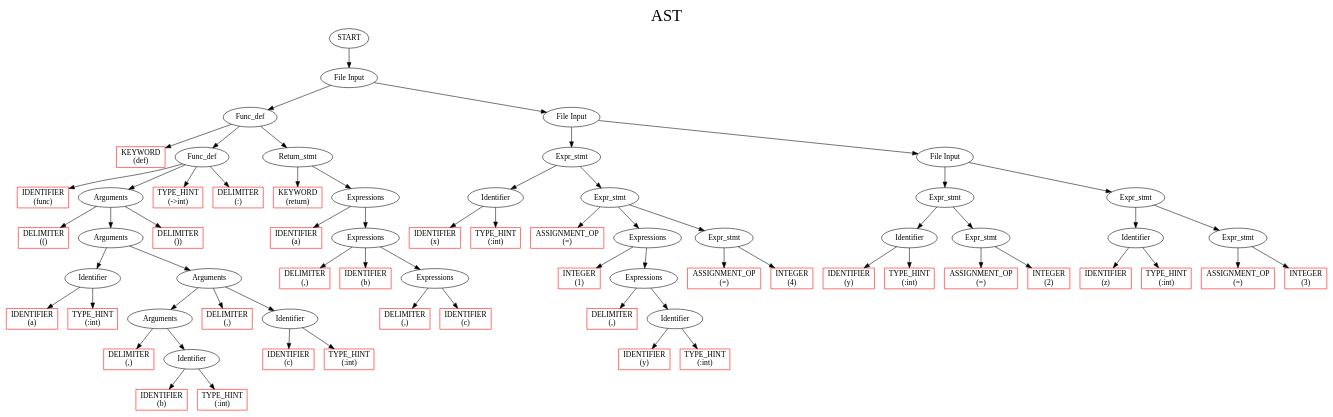
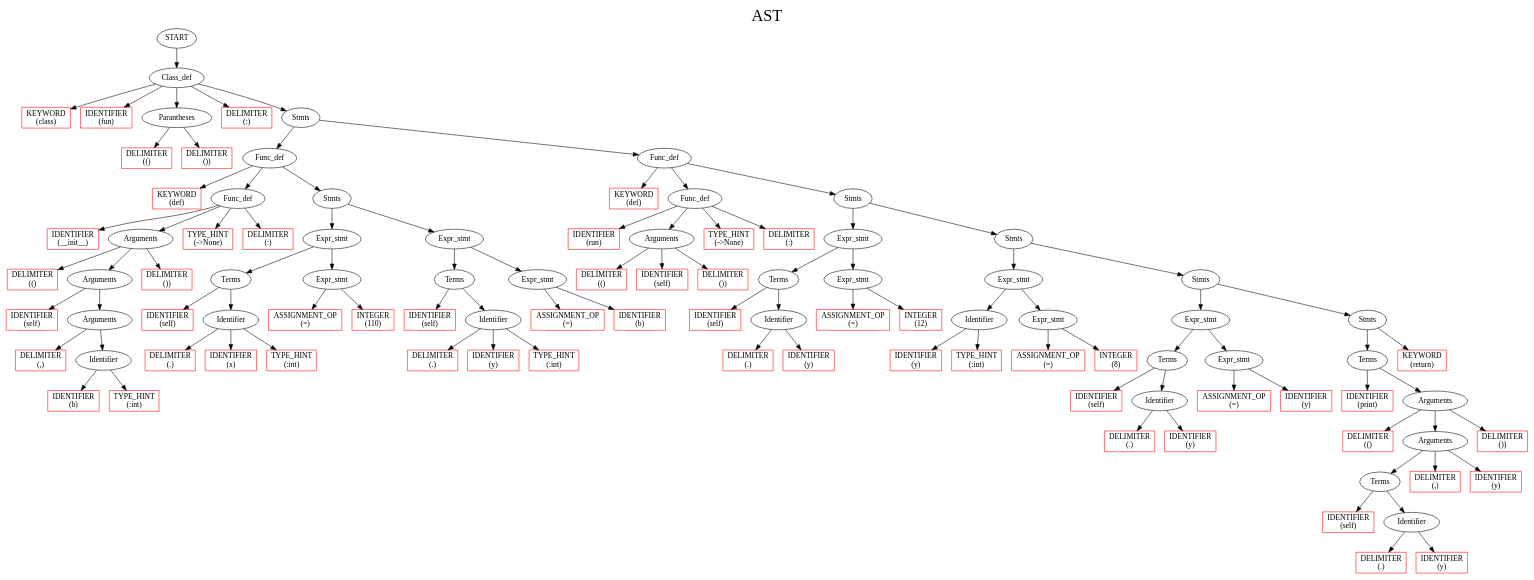
Before and after one commit to depanshu357/CS335-Compiler: the diagram in output.dot, drawn with Graphviz. The commit also changed 5 other files, not shown here.

Commit message:
__init__ uses class symbol table, x.y type checking

```diff
--- a/output.dot
+++ b/output.dot
@@ -6,174 +6,258 @@
 labelloc  = t
 
 node   [ fontname="Cascadia code" ]
-	176		[ style = solid label = "START"  ];
-	176 -> 175
-	175		[ style = solid label = "File Input"  ];
-	175 -> 60
-	60		[ style = solid label = "Func_def"  ];
-	60 -> 0
+	235		[ style = solid label = "START"  ];
+	235 -> 233
+	233		[ style = solid label = "Class_def"  ];
+	233 -> 0
 	0		[ style = solid label = "KEYWORD 
-(def)" color = red shape = rectangle ];
-	60 -> 21
-	21		[ style = solid label = "Func_def"  ];
-	21 -> 1
+(class)" color = red shape = rectangle ];
+	233 -> 1
 	1		[ style = solid label = "IDENTIFIER 
-(func)" color = red shape = rectangle ];
-	21 -> 18
-	18		[ style = solid label = "Arguments"  ];
-	18 -> 2
+(fun)" color = red shape = rectangle ];
+	233 -> 4
+	4		[ style = solid label = "Parantheses"  ];
+	4 -> 2
 	2		[ style = solid label = "DELIMITER 
 (()" color = red shape = rectangle ];
-	18 -> 17
+	4 -> 3
+	3		[ style = solid label = "DELIMITER 
+())" color = red shape = rectangle ];
+	233 -> 5
+	5		[ style = solid label = "DELIMITER 
+(:)" color = red shape = rectangle ];
+	233 -> 232
+	232		[ style = solid label = "Stmts"  ];
+	232 -> 84
+	84		[ style = solid label = "Func_def"  ];
+	84 -> 6
+	6		[ style = solid label = "KEYWORD 
+(def)" color = red shape = rectangle ];
+	84 -> 20
+	20		[ style = solid label = "Func_def"  ];
+	20 -> 7
+	7		[ style = solid label = "IDENTIFIER 
+(__init__)" color = red shape = rectangle ];
+	20 -> 17
 	17		[ style = solid label = "Arguments"  ];
-	17 -> 5
-	5		[ style = solid label = "Identifier"  ];
-	5 -> 3
-	3		[ style = solid label = "IDENTIFIER 
-(a)" color = red shape = rectangle ];
-	5 -> 4
-	4		[ style = solid label = "TYPE_HINT 
-(:int)" color = red shape = rectangle ];
+	17 -> 8
+	8		[ style = solid label = "DELIMITER 
+(()" color = red shape = rectangle ];
 	17 -> 16
 	16		[ style = solid label = "Arguments"  ];
-	16 -> 11
-	11		[ style = solid label = "Arguments"  ];
-	11 -> 6
-	6		[ style = solid label = "DELIMITER 
-(,)" color = red shape = rectangle ];
-	11 -> 9
-	9		[ style = solid label = "Identifier"  ];
-	9 -> 7
-	7		[ style = solid label = "IDENTIFIER 
-(b)" color = red shape = rectangle ];
-	9 -> 8
-	8		[ style = solid label = "TYPE_HINT 
-(:int)" color = red shape = rectangle ];
-	16 -> 10
+	16 -> 9
+	9		[ style = solid label = "IDENTIFIER 
+(self)" color = red shape = rectangle ];
+	16 -> 15
+	15		[ style = solid label = "Arguments"  ];
+	15 -> 10
 	10		[ style = solid label = "DELIMITER 
 (,)" color = red shape = rectangle ];
-	16 -> 14
-	14		[ style = solid label = "Identifier"  ];
-	14 -> 12
-	12		[ style = solid label = "IDENTIFIER 
-(c)" color = red shape = rectangle ];
-	14 -> 13
-	13		[ style = solid label = "TYPE_HINT 
+	15 -> 13
+	13		[ style = solid label = "Identifier"  ];
+	13 -> 11
+	11		[ style = solid label = "IDENTIFIER 
+(b)" color = red shape = rectangle ];
+	13 -> 12
+	12		[ style = solid label = "TYPE_HINT 
 (:int)" color = red shape = rectangle ];
-	18 -> 15
-	15		[ style = solid label = "DELIMITER 
+	17 -> 14
+	14		[ style = solid label = "DELIMITER 
 ())" color = red shape = rectangle ];
-	21 -> 19
-	19		[ style = solid label = "TYPE_HINT 
-(->int)" color = red shape = rectangle ];
-	21 -> 20
-	20		[ style = solid label = "DELIMITER 
+	20 -> 18
+	18		[ style = solid label = "TYPE_HINT 
+(->None)" color = red shape = rectangle ];
+	20 -> 19
+	19		[ style = solid label = "DELIMITER 
 (:)" color = red shape = rectangle ];
-	60 -> 58
-	58		[ style = solid label = "Return_stmt"  ];
-	58 -> 22
-	22		[ style = solid label = "KEYWORD 
+	84 -> 83
+	83		[ style = solid label = "Stmts"  ];
+	83 -> 50
+	50		[ style = solid label = "Expr_stmt"  ];
+	50 -> 28
+	28		[ style = solid label = "Terms"  ];
+	28 -> 21
+	21		[ style = solid label = "IDENTIFIER 
+(self)" color = red shape = rectangle ];
+	28 -> 25
+	25		[ style = solid label = "Identifier"  ];
+	25 -> 22
+	22		[ style = solid label = "DELIMITER 
+(.)" color = red shape = rectangle ];
+	25 -> 23
+	23		[ style = solid label = "IDENTIFIER 
+(x)" color = red shape = rectangle ];
+	25 -> 24
+	24		[ style = solid label = "TYPE_HINT 
+(:int)" color = red shape = rectangle ];
+	50 -> 49
+	49		[ style = solid label = "Expr_stmt"  ];
+	49 -> 26
+	26		[ style = solid label = "ASSIGNMENT_OP 
+(=)" color = red shape = rectangle ];
+	49 -> 38
+	38		[ style = solid label = "INTEGER 
+(110)" color = red shape = rectangle ];
+	83 -> 81
+	81		[ style = solid label = "Expr_stmt"  ];
+	81 -> 59
+	59		[ style = solid label = "Terms"  ];
+	59 -> 52
+	52		[ style = solid label = "IDENTIFIER 
+(self)" color = red shape = rectangle ];
+	59 -> 56
+	56		[ style = solid label = "Identifier"  ];
+	56 -> 53
+	53		[ style = solid label = "DELIMITER 
+(.)" color = red shape = rectangle ];
+	56 -> 54
+	54		[ style = solid label = "IDENTIFIER 
+(y)" color = red shape = rectangle ];
+	56 -> 55
+	55		[ style = solid label = "TYPE_HINT 
+(:int)" color = red shape = rectangle ];
+	81 -> 80
+	80		[ style = solid label = "Expr_stmt"  ];
+	80 -> 57
+	57		[ style = solid label = "ASSIGNMENT_OP 
+(=)" color = red shape = rectangle ];
+	80 -> 69
+	69		[ style = solid label = "IDENTIFIER 
+(b)" color = red shape = rectangle ];
+	232 -> 231
+	231		[ style = solid label = "Func_def"  ];
+	231 -> 85
+	85		[ style = solid label = "KEYWORD 
+(def)" color = red shape = rectangle ];
+	231 -> 94
+	94		[ style = solid label = "Func_def"  ];
+	94 -> 86
+	86		[ style = solid label = "IDENTIFIER 
+(run)" color = red shape = rectangle ];
+	94 -> 91
+	91		[ style = solid label = "Arguments"  ];
+	91 -> 87
+	87		[ style = solid label = "DELIMITER 
+(()" color = red shape = rectangle ];
+	91 -> 88
+	88		[ style = solid label = "IDENTIFIER 
+(self)" color = red shape = rectangle ];
+	91 -> 89
+	89		[ style = solid label = "DELIMITER 
+())" color = red shape = rectangle ];
+	94 -> 92
+	92		[ style = solid label = "TYPE_HINT 
+(->None)" color = red shape = rectangle ];
+	94 -> 93
+	93		[ style = solid label = "DELIMITER 
+(:)" color = red shape = rectangle ];
+	231 -> 230
+	230		[ style = solid label = "Stmts"  ];
+	230 -> 123
+	123		[ style = solid label = "Expr_stmt"  ];
+	123 -> 101
+	101		[ style = solid label = "Terms"  ];
+	101 -> 95
+	95		[ style = solid label = "IDENTIFIER 
+(self)" color = red shape = rectangle ];
+	101 -> 99
+	99		[ style = solid label = "Identifier"  ];
+	99 -> 96
+	96		[ style = solid label = "DELIMITER 
+(.)" color = red shape = rectangle ];
+	99 -> 97
+	97		[ style = solid label = "IDENTIFIER 
+(y)" color = red shape = rectangle ];
+	123 -> 122
+	122		[ style = solid label = "Expr_stmt"  ];
+	122 -> 98
+	98		[ style = solid label = "ASSIGNMENT_OP 
+(=)" color = red shape = rectangle ];
+	122 -> 111
+	111		[ style = solid label = "INTEGER 
+(12)" color = red shape = rectangle ];
+	230 -> 229
+	229		[ style = solid label = "Stmts"  ];
+	229 -> 151
+	151		[ style = solid label = "Expr_stmt"  ];
+	151 -> 127
+	127		[ style = solid label = "Identifier"  ];
+	127 -> 125
+	125		[ style = solid label = "IDENTIFIER 
+(y)" color = red shape = rectangle ];
+	127 -> 126
+	126		[ style = solid label = "TYPE_HINT 
+(:int)" color = red shape = rectangle ];
+	151 -> 150
+	150		[ style = solid label = "Expr_stmt"  ];
+	150 -> 128
+	128		[ style = solid label = "ASSIGNMENT_OP 
+(=)" color = red shape = rectangle ];
+	150 -> 139
+	139		[ style = solid label = "INTEGER 
+(8)" color = red shape = rectangle ];
+	229 -> 228
+	228		[ style = solid label = "Stmts"  ];
+	228 -> 181
+	181		[ style = solid label = "Expr_stmt"  ];
+	181 -> 159
+	159		[ style = solid label = "Terms"  ];
+	159 -> 153
+	153		[ style = solid label = "IDENTIFIER 
+(self)" color = red shape = rectangle ];
+	159 -> 157
+	157		[ style = solid label = "Identifier"  ];
+	157 -> 154
+	154		[ style = solid label = "DELIMITER 
+(.)" color = red shape = rectangle ];
+	157 -> 155
+	155		[ style = solid label = "IDENTIFIER 
+(y)" color = red shape = rectangle ];
+	181 -> 180
+	180		[ style = solid label = "Expr_stmt"  ];
+	180 -> 156
+	156		[ style = solid label = "ASSIGNMENT_OP 
+(=)" color = red shape = rectangle ];
+	180 -> 169
+	169		[ style = solid label = "IDENTIFIER 
+(y)" color = red shape = rectangle ];
+	228 -> 227
+	227		[ style = solid label = "Stmts"  ];
+	227 -> 214
+	214		[ style = solid label = "Terms"  ];
+	214 -> 183
+	183		[ style = solid label = "IDENTIFIER 
+(print)" color = red shape = rectangle ];
+	214 -> 212
+	212		[ style = solid label = "Arguments"  ];
+	212 -> 184
+	184		[ style = solid label = "DELIMITER 
+(()" color = red shape = rectangle ];
+	212 -> 211
+	211		[ style = solid label = "Arguments"  ];
+	211 -> 191
+	191		[ style = solid label = "Terms"  ];
+	191 -> 185
+	185		[ style = solid label = "IDENTIFIER 
+(self)" color = red shape = rectangle ];
+	191 -> 189
+	189		[ style = solid label = "Identifier"  ];
+	189 -> 186
+	186		[ style = solid label = "DELIMITER 
+(.)" color = red shape = rectangle ];
+	189 -> 187
+	187		[ style = solid label = "IDENTIFIER 
+(y)" color = red shape = rectangle ];
+	211 -> 188
+	188		[ style = solid label = "DELIMITER 
+(,)" color = red shape = rectangle ];
+	211 -> 200
+	200		[ style = solid label = "IDENTIFIER 
+(y)" color = red shape = rectangle ];
+	212 -> 201
+	201		[ style = solid label = "DELIMITER 
+())" color = red shape = rectangle ];
+	227 -> 225
+	225		[ style = solid label = "KEYWORD 
 (return)" color = red shape = rectangle ];
-	58 -> 57
-	57		[ style = solid label = "Expressions"  ];
-	57 -> 23
-	23		[ style = solid label = "IDENTIFIER 
-(a)" color = red shape = rectangle ];
-	57 -> 56
-	56		[ style = solid label = "Expressions"  ];
-	56 -> 24
-	24		[ style = solid label = "DELIMITER 
-(,)" color = red shape = rectangle ];
-	56 -> 34
-	34		[ style = solid label = "IDENTIFIER 
-(b)" color = red shape = rectangle ];
-	56 -> 55
-	55		[ style = solid label = "Expressions"  ];
-	55 -> 35
-	35		[ style = solid label = "DELIMITER 
-(,)" color = red shape = rectangle ];
-	55 -> 45
-	45		[ style = solid label = "IDENTIFIER 
-(c)" color = red shape = rectangle ];
-	175 -> 174
-	174		[ style = solid label = "File Input"  ];
-	174 -> 114
-	114		[ style = solid label = "Expr_stmt"  ];
-	114 -> 63
-	63		[ style = solid label = "Identifier"  ];
-	63 -> 61
-	61		[ style = solid label = "IDENTIFIER 
-(x)" color = red shape = rectangle ];
-	63 -> 62
-	62		[ style = solid label = "TYPE_HINT 
-(:int)" color = red shape = rectangle ];
-	114 -> 113
-	113		[ style = solid label = "Expr_stmt"  ];
-	113 -> 64
-	64		[ style = solid label = "ASSIGNMENT_OP 
-(=)" color = red shape = rectangle ];
-	113 -> 100
-	100		[ style = solid label = "Expressions"  ];
-	100 -> 75
-	75		[ style = solid label = "INTEGER 
-(1)" color = red shape = rectangle ];
-	100 -> 99
-	99		[ style = solid label = "Expressions"  ];
-	99 -> 76
-	76		[ style = solid label = "DELIMITER 
-(,)" color = red shape = rectangle ];
-	99 -> 88
-	88		[ style = solid label = "Identifier"  ];
-	88 -> 86
-	86		[ style = solid label = "IDENTIFIER 
-(y)" color = red shape = rectangle ];
-	88 -> 87
-	87		[ style = solid label = "TYPE_HINT 
-(:int)" color = red shape = rectangle ];
-	113 -> 112
-	112		[ style = solid label = "Expr_stmt"  ];
-	112 -> 89
-	89		[ style = solid label = "ASSIGNMENT_OP 
-(=)" color = red shape = rectangle ];
-	112 -> 101
-	101		[ style = solid label = "INTEGER 
-(4)" color = red shape = rectangle ];
-	174 -> 173
-	173		[ style = solid label = "File Input"  ];
-	173 -> 142
-	142		[ style = solid label = "Expr_stmt"  ];
-	142 -> 118
-	118		[ style = solid label = "Identifier"  ];
-	118 -> 116
-	116		[ style = solid label = "IDENTIFIER 
-(y)" color = red shape = rectangle ];
-	118 -> 117
-	117		[ style = solid label = "TYPE_HINT 
-(:int)" color = red shape = rectangle ];
-	142 -> 141
-	141		[ style = solid label = "Expr_stmt"  ];
-	141 -> 119
-	119		[ style = solid label = "ASSIGNMENT_OP 
-(=)" color = red shape = rectangle ];
-	141 -> 130
-	130		[ style = solid label = "INTEGER 
-(2)" color = red shape = rectangle ];
-	173 -> 170
-	170		[ style = solid label = "Expr_stmt"  ];
-	170 -> 146
-	146		[ style = solid label = "Identifier"  ];
-	146 -> 144
-	144		[ style = solid label = "IDENTIFIER 
-(z)" color = red shape = rectangle ];
-	146 -> 145
-	145		[ style = solid label = "TYPE_HINT 
-(:int)" color = red shape = rectangle ];
-	170 -> 169
-	169		[ style = solid label = "Expr_stmt"  ];
-	169 -> 147
-	147		[ style = solid label = "ASSIGNMENT_OP 
-(=)" color = red shape = rectangle ];
-	169 -> 158
-	158		[ style = solid label = "INTEGER 
-(3)" color = red shape = rectangle ];
 }
```
